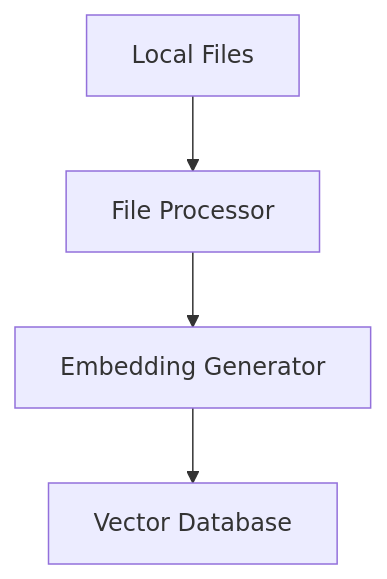
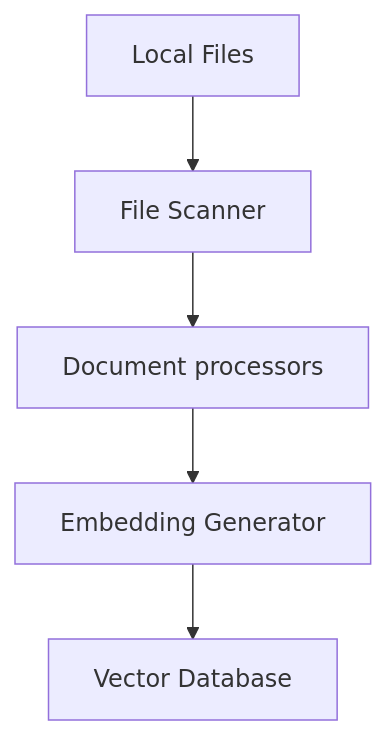
The diagram in ARCHITECTURE-embed_files.md (shepner/qa_system), drawn with Mermaid before and after one commit. The commit also changed other lines of this file and 1 other file, not shown here.

Commit message:
Update embed_files configuration and architecture documentation

````diff
--- a/ARCHITECTURE-embed_files.md
+++ b/ARCHITECTURE-embed_files.md
@@ -53,6 +54,7 @@
 ```mermaid
 graph TD
-    A[Local Files] --> B[File Processor]
-    B --> C[Embedding Generator]
-    C --> D[Vector Database]
+    A[Local Files] --> B[File Scanner]
+    B --> C[Document processors]
+    C --> D[Embedding Generator]
+    D --> E[Vector Database]
 ```
````
